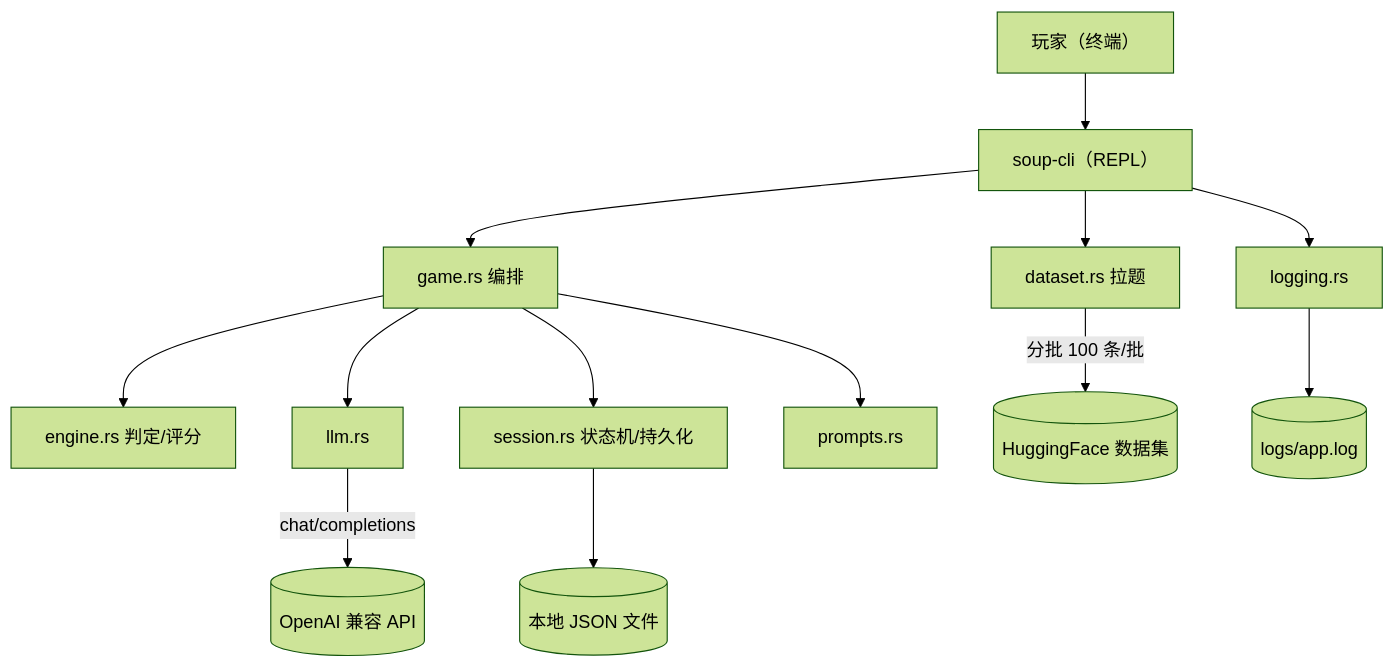
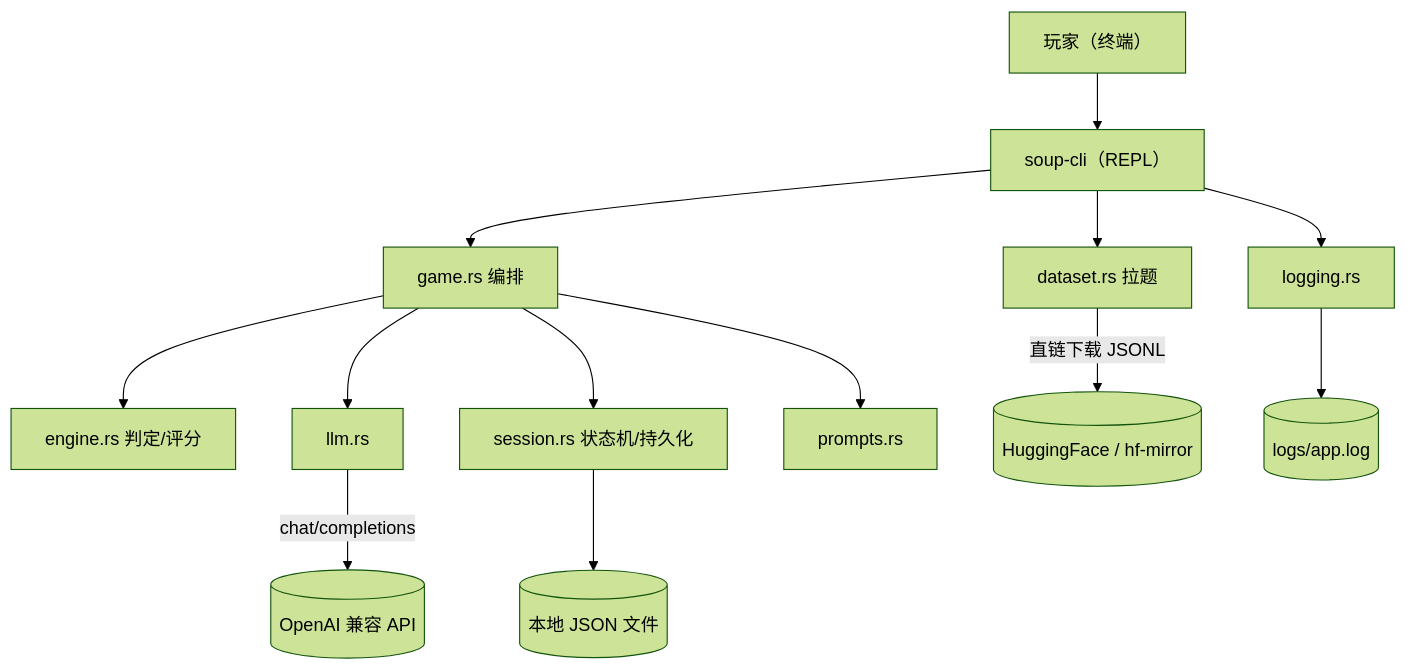
The diagram in design-doc/02-技术架构.md (crystalyang1011/turtle-soup-cli), drawn with Mermaid (forest theme) before and after one commit. The commit also changed other lines of this file and 8 other files, not shown here.

````diff
--- a/design-doc/02-技术架构.md
+++ b/design-doc/02-技术架构.md
@@ -13,15 +13,15 @@
 ```mermaid
 flowchart TB
     U["玩家（终端）"] --> CLI["soup-cli（REPL）"]
     CLI --> G["game.rs 编排"]
     G --> E["engine.rs 判定/评分"]
     G --> L["llm.rs"]
     G --> S["session.rs 状态机/持久化"]
     G --> P["prompts.rs"]
     CLI --> D["dataset.rs 拉题"]
     CLI --> LOG["logging.rs"]
     L -- "chat/completions" --> A[("OpenAI 兼容 API")]
-    D -- "分批 100 条/批" --> H[("HuggingFace 数据集")]
+    D -- "直链下载 JSONL" --> H[("HuggingFace / hf-mirror")]
     S --> F[("本地 JSON 文件")]
     LOG --> LF[("logs/app.log")]
 ```
````
